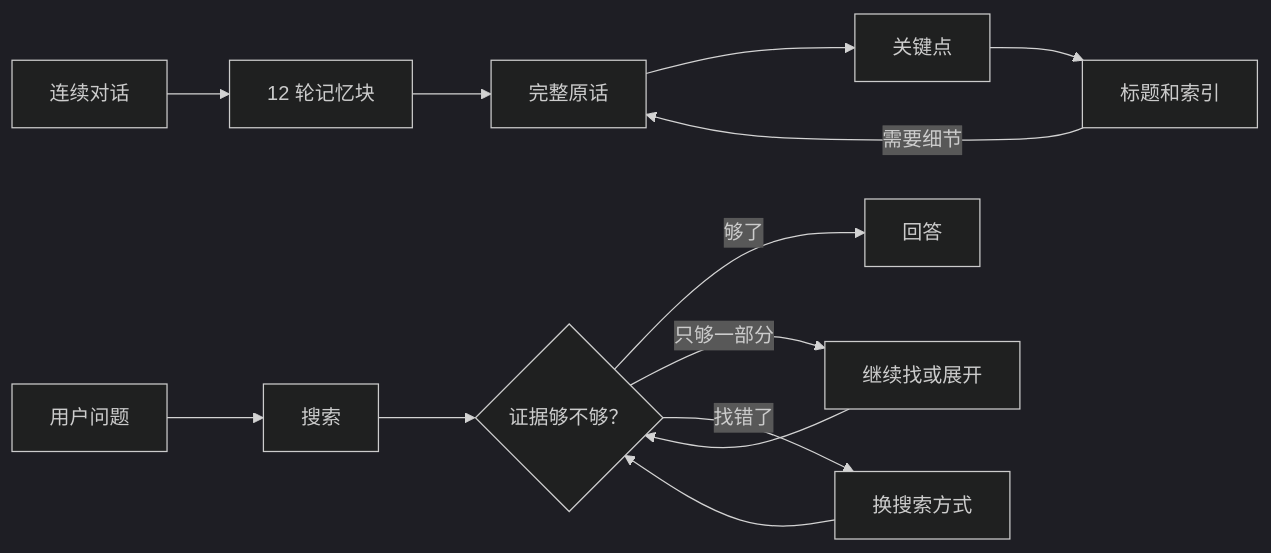
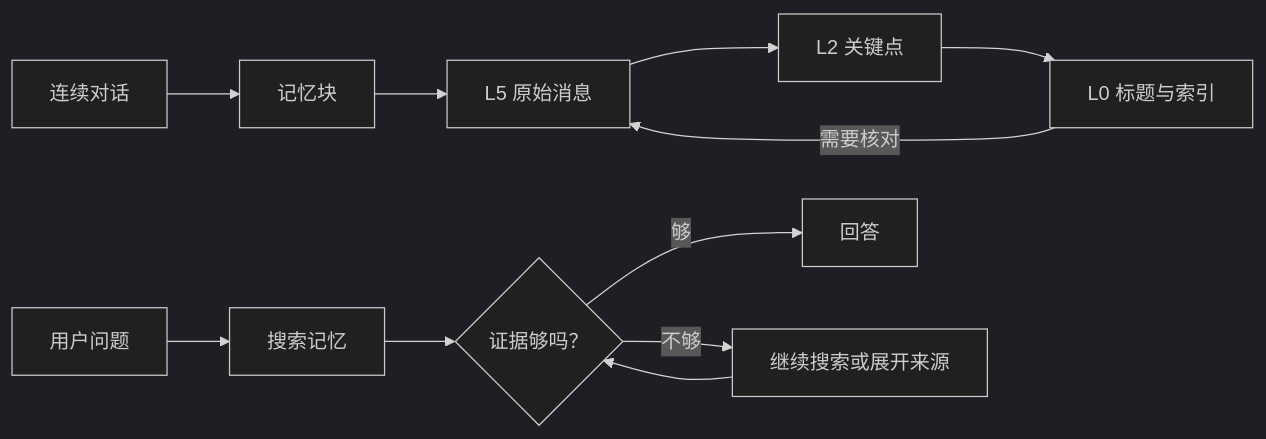
The diagram in README.zh-CN.md (Triple3h/StrataGate-AgentMemory), drawn with Mermaid (dark theme) before and after one commit. The commit also changed other lines of this file, not shown here.

````diff
--- a/README.zh-CN.md
+++ b/README.zh-CN.md
@@ -133,16 +30,14 @@
 ```mermaid
 flowchart LR
-    A["连续对话"] --> B["12 轮记忆块"]
-    B --> C["完整原话"]
-    C --> D["关键点"]
-    D --> E["标题和索引"]
-    E -->|"需要细节"| C
+    A["连续对话"] --> B["记忆块"]
+    B --> C["L5 原始消息"]
+    C --> D["L2 关键点"]
+    D --> E["L0 标题与索引"]
+    E -->|"需要核对"| C
 
-    Q["用户问题"] --> S["搜索"]
-    S --> G{"证据够不够？"}
-    G -->|"够了"| R["回答"]
-    G -->|"只够一部分"| M["继续找或展开"]
-    G -->|"找错了"| N["换搜索方式"]
-    M --> G
-    N --> G
+    Q["用户问题"] --> S["搜索记忆"]
+    S --> G{"证据够吗？"}
+    G -->|"够"| R["回答"]
+    G -->|"不够"| X["继续搜索或展开来源"]
+    X --> G
 ```
````
